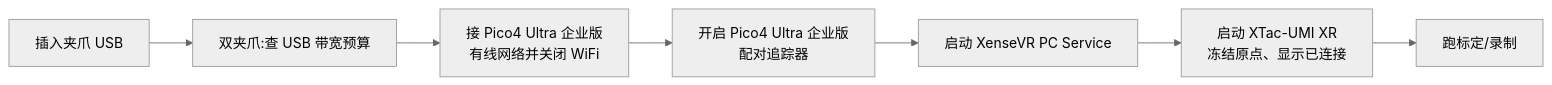
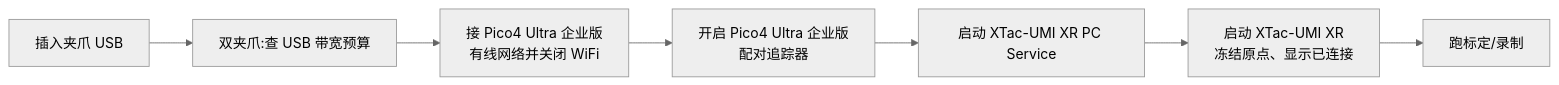
Before and after one commit to XenseRobotics-AI/XTac-UMI-G1-Docs: the diagram in docs/pc/index.md, drawn with Mermaid (neutral theme). The commit also changed other lines of this file and 21 other files, not shown here.

First line of the commit message:
docs: XenseVR 改名 XTac-UMI XR;头显默认走有线,写明无线的波动与延迟;润色 g1 开头

````diff
--- a/docs/pc/index.md
+++ b/docs/pc/index.md
@@ -43,9 +43,9 @@
 ```mermaid
 flowchart LR
     A[插入夹爪 USB] --> U[双夹爪:查 USB 带宽预算]
     U --> N[接 Pico4 Ultra 企业版<br/>有线网络并关闭 WiFi]
     N --> B[开启 Pico4 Ultra 企业版<br/>配对追踪器]
-    B --> D[启动 XenseVR PC Service]
+    B --> D[启动 XTac-UMI XR PC Service]
     D --> C[启动 XTac-UMI XR<br/>冻结原点、显示已连接]
     C --> E[跑标定/录制]
 ```
````
